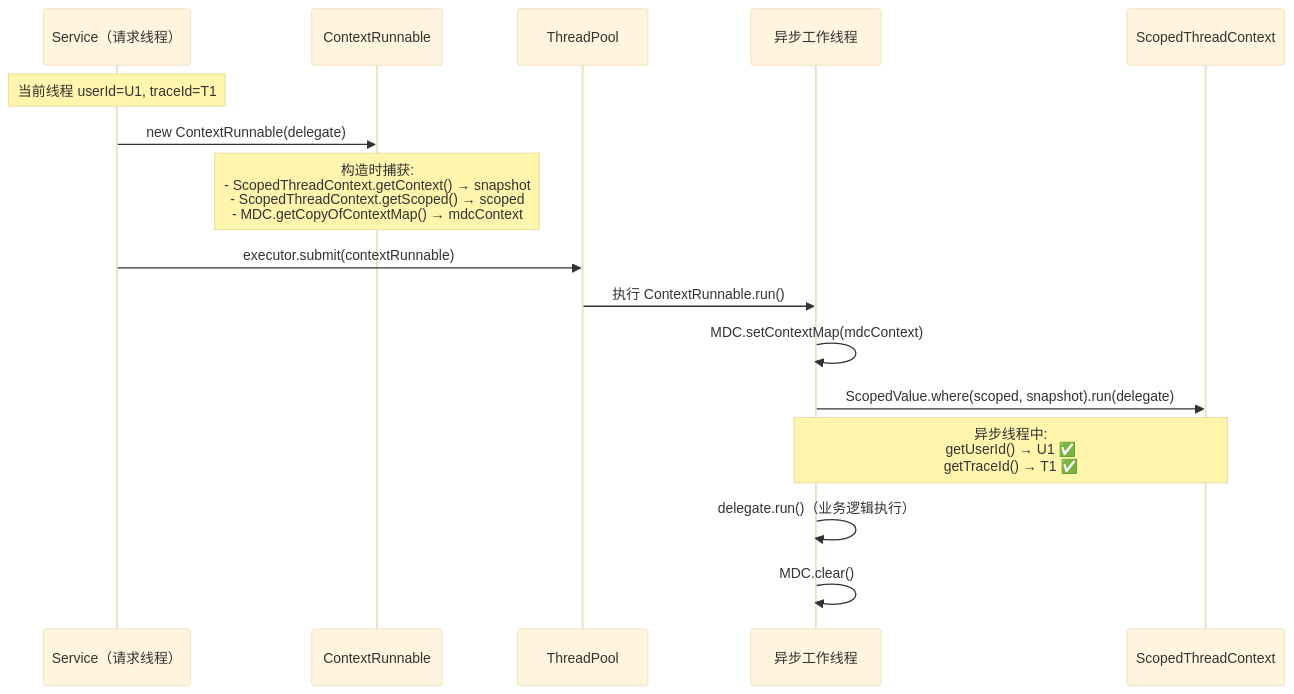
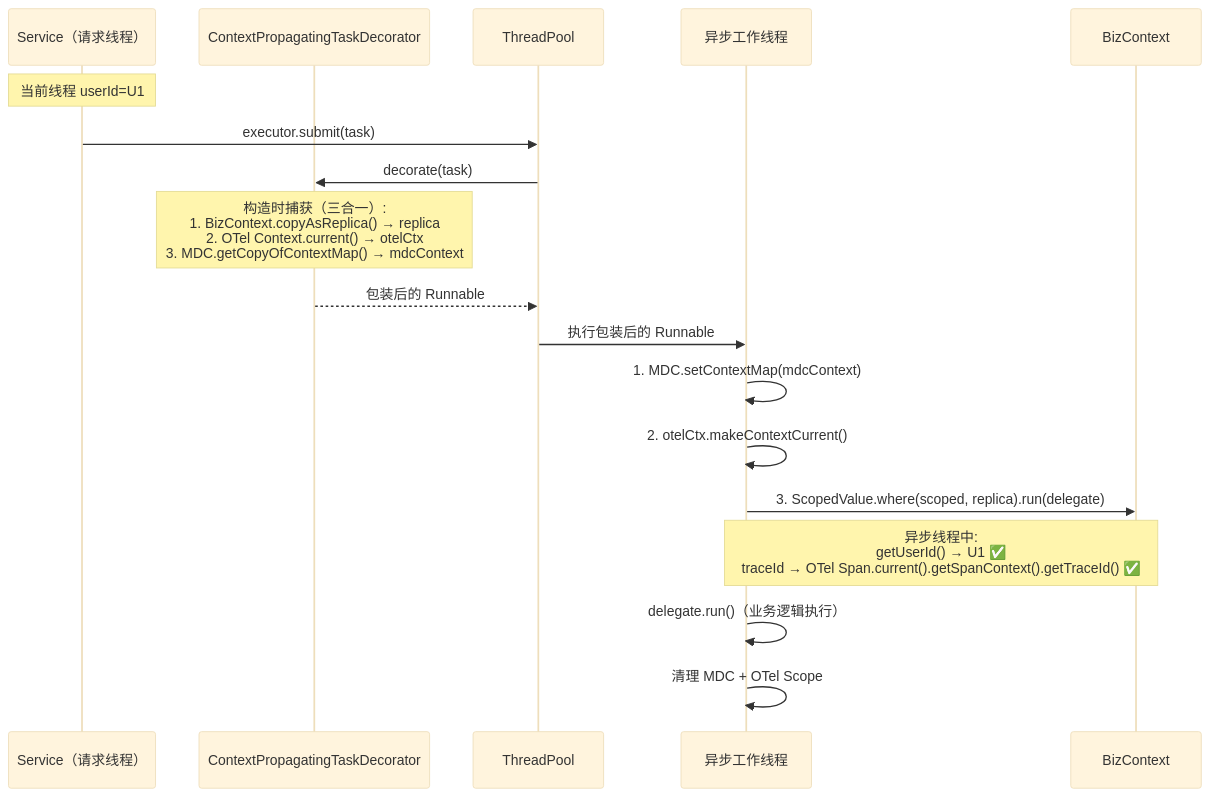
One commit to LeoNardo-LB/web-quick-start-light changed the third of 3 diagrams in docs/architecture/thread-context.md. Above: the diagram before and after it, drawn with Mermaid (base theme). The commit also changed other lines of this file and 26 other files, not shown here.

First line of the commit message:
docs: 修复 27 个文件的大规模文档漂移（ScopedThreadContext→BizContext、Micrometer→OTel、middleware→component）

````diff
--- a/docs/architecture/thread-context.md
+++ b/docs/architecture/thread-context.md
@@ -93,19 +97,21 @@
 ```mermaid
 sequenceDiagram
     participant Svc as Service（请求线程）
-    participant CR as ContextRunnable
+    participant TD as ContextPropagatingTaskDecorator
     participant Pool as ThreadPool
     participant AW as 异步工作线程
-    participant Ctx as ScopedThreadContext
+    participant Ctx as BizContext
 
-    Note over Svc: 当前线程 userId=U1, traceId=T1
-    Svc->>CR: new ContextRunnable(delegate)
-    Note over CR: 构造时捕获:<br/>- ScopedThreadContext.getContext() → snapshot<br/>- ScopedThreadContext.getScoped() → scoped<br/>- MDC.getCopyOfContextMap() → mdcContext
-    Svc->>Pool: executor.submit(contextRunnable)
-    Pool->>AW: 执行 ContextRunnable.run()
-    AW->>AW: MDC.setContextMap(mdcContext)
-    AW->>Ctx: ScopedValue.where(scoped, snapshot).run(delegate)
-    Note over AW,Ctx: 异步线程中:<br/>getUserId() → U1 ✅<br/>getTraceId() → T1 ✅
+    Note over Svc: 当前线程 userId=U1
+    Svc->>Pool: executor.submit(task)
+    Pool->>TD: decorate(task)
+    Note over TD: 构造时捕获（三合一）:<br/>1. BizContext.copyAsReplica() → replica<br/>2. OTel Context.current() → otelCtx<br/>3. MDC.getCopyOfContextMap() → mdcContext
+    TD-->>Pool: 包装后的 Runnable
+    Pool->>AW: 执行包装后的 Runnable
+    AW->>AW: 1. MDC.setContextMap(mdcContext)
+    AW->>AW: 2. otelCtx.makeContextCurrent()
+    AW->>Ctx: 3. ScopedValue.where(scoped, replica).run(delegate)
+    Note over AW,Ctx: 异步线程中:<br/>getUserId() → U1 ✅<br/>traceId → OTel Span.current().getSpanContext().getTraceId() ✅
     AW->>AW: delegate.run()（业务逻辑执行）
-    AW->>AW: MDC.clear()
+    AW->>AW: 清理 MDC + OTel Scope
 ```
````
